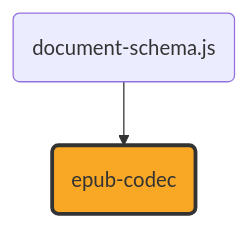
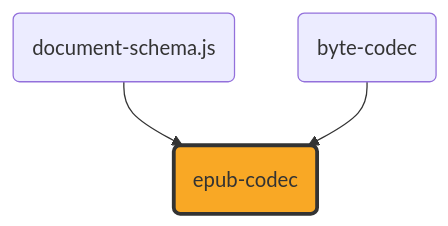
The diagram in packages/epub-codec/README.md (ExaDev/documents.js), drawn with Mermaid before and after one commit. The commit also changed other lines of this file and 12 other files, not shown here.

First line of the commit message:
refactor(epub-codec): encode and decode base64 through byte-codec

````diff
--- a/packages/epub-codec/README.md
+++ b/packages/epub-codec/README.md
@@ -9,12 +9,15 @@
 ```mermaid
 graph TD
     schema("document-schema.js")
+    bytes("byte-codec")
     epubcodec("epub-codec")
 
     schema --> epubcodec
+    bytes --> epubcodec
 
     click schema "https://github.com/ExaDev/documents.js/tree/main/packages/document-schema.js" "document-schema.js"
+    click bytes "https://github.com/ExaDev/documents.js/tree/main/packages/byte-codec" "byte-codec"
     click epubcodec "https://github.com/ExaDev/documents.js/tree/main/packages/epub-codec" "epub-codec"
 
     style epubcodec fill:#f9a825,stroke:#333,stroke-width:3px
 ```
````
